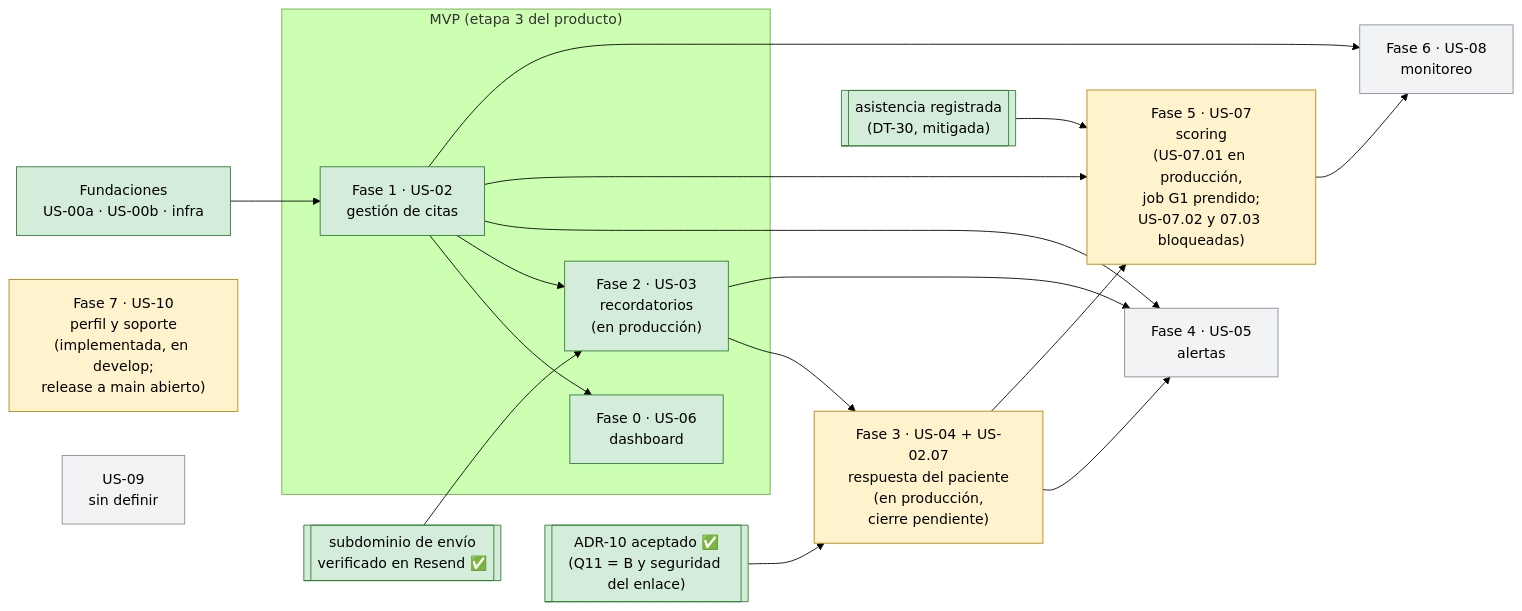
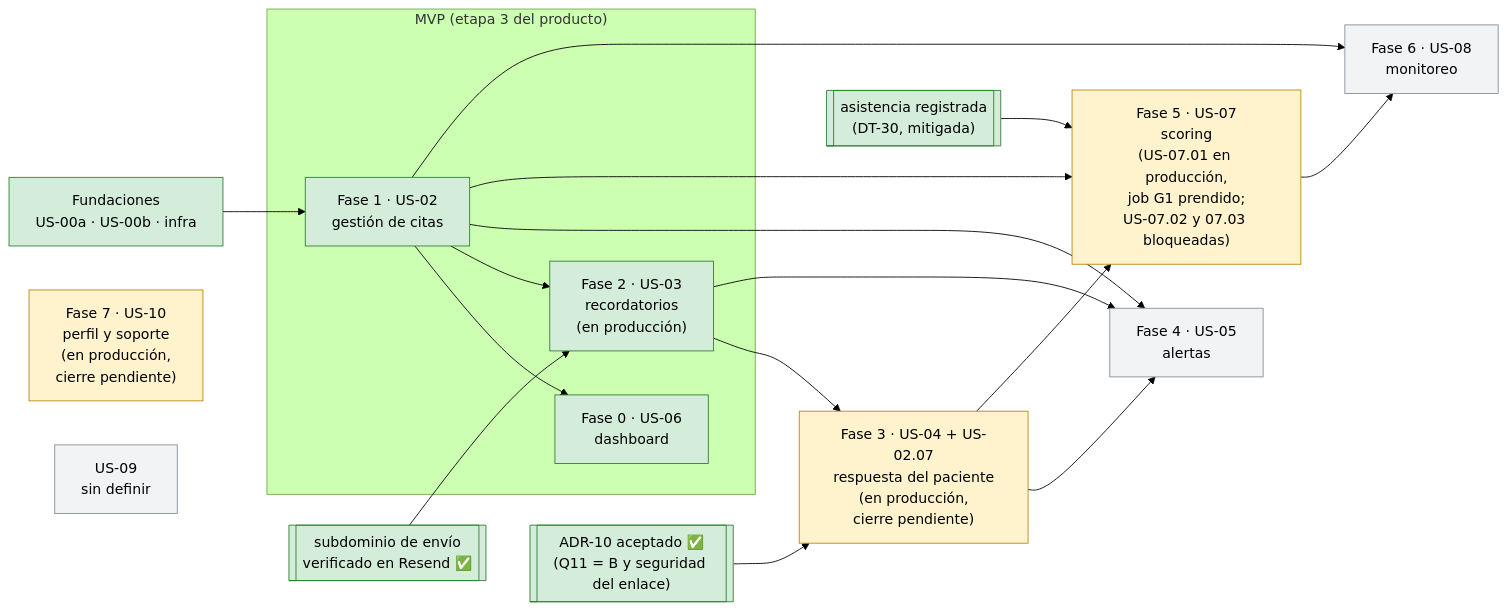
The diagram in context/Fases/README.md (Citia-solutions/citia-backend), drawn with Mermaid (forest theme) before and after one commit. The commit also changed other lines of this file and 18 other files, not shown here.

First line of the commit message:
docs(context): Fase 7 en producción, feature de US-10 y TRAZABILIDAD 96–124

````diff
--- a/context/Fases/README.md
+++ b/context/Fases/README.md
@@ -115,41 +124,41 @@
 ```mermaid
 flowchart LR
   B["Fundaciones<br/>US-00a · US-00b · infra"]:::hecho
 
   subgraph MVP["MVP (etapa 3 del producto)"]
     F1["Fase 1 · US-02<br/>gestión de citas"]:::hecho
     F0["Fase 0 · US-06<br/>dashboard"]:::hecho
     F2["Fase 2 · US-03<br/>recordatorios<br/>(en producción)"]:::hecho
   end
 
   F3["Fase 3 · US-04 + US-02.07<br/>respuesta del paciente<br/>(en producción,<br/>cierre pendiente)"]:::disenada
   F4["Fase 4 · US-05<br/>alertas"]:::pendiente
   F5["Fase 5 · US-07<br/>scoring<br/>(US-07.01 en producción,<br/>job G1 prendido;<br/>US-07.02 y 07.03 bloqueadas)"]:::disenada
   F6["Fase 6 · US-08<br/>monitoreo"]:::pendiente
-  F7["Fase 7 · US-10<br/>perfil y soporte<br/>(implementada, en develop;<br/>release a main abierto)"]:::disenada
+  F7["Fase 7 · US-10<br/>perfil y soporte<br/>(en producción,<br/>cierre pendiente)"]:::disenada
   U9["US-09<br/>sin definir"]:::pendiente
 
   DOM[["subdominio de envío<br/>verificado en Resend ✅"]]:::hecho
   A10[["ADR-10 aceptado ✅<br/>(Q11 = B y seguridad del enlace)"]]:::hecho
   D30[["asistencia registrada<br/>(DT-30, mitigada)"]]:::hecho
 
   B --> F1
   F1 --> F0
   F1 --> F2
   DOM --> F2
   F2 --> F3
   A10 --> F3
   F1 --> F4
   F2 --> F4
   F3 --> F4
   F1 --> F5
   F3 --> F5
   D30 --> F5
   F1 --> F6
   F5 --> F6
 
   classDef hecho fill:#d4edda,stroke:#2e7d32
   classDef disenada fill:#fff3cd,stroke:#b8860b
   classDef pendiente fill:#f1f3f5,stroke:#868e96
   classDef aplazada fill:#e7eaf6,stroke:#5c6bc0
 ```
````
